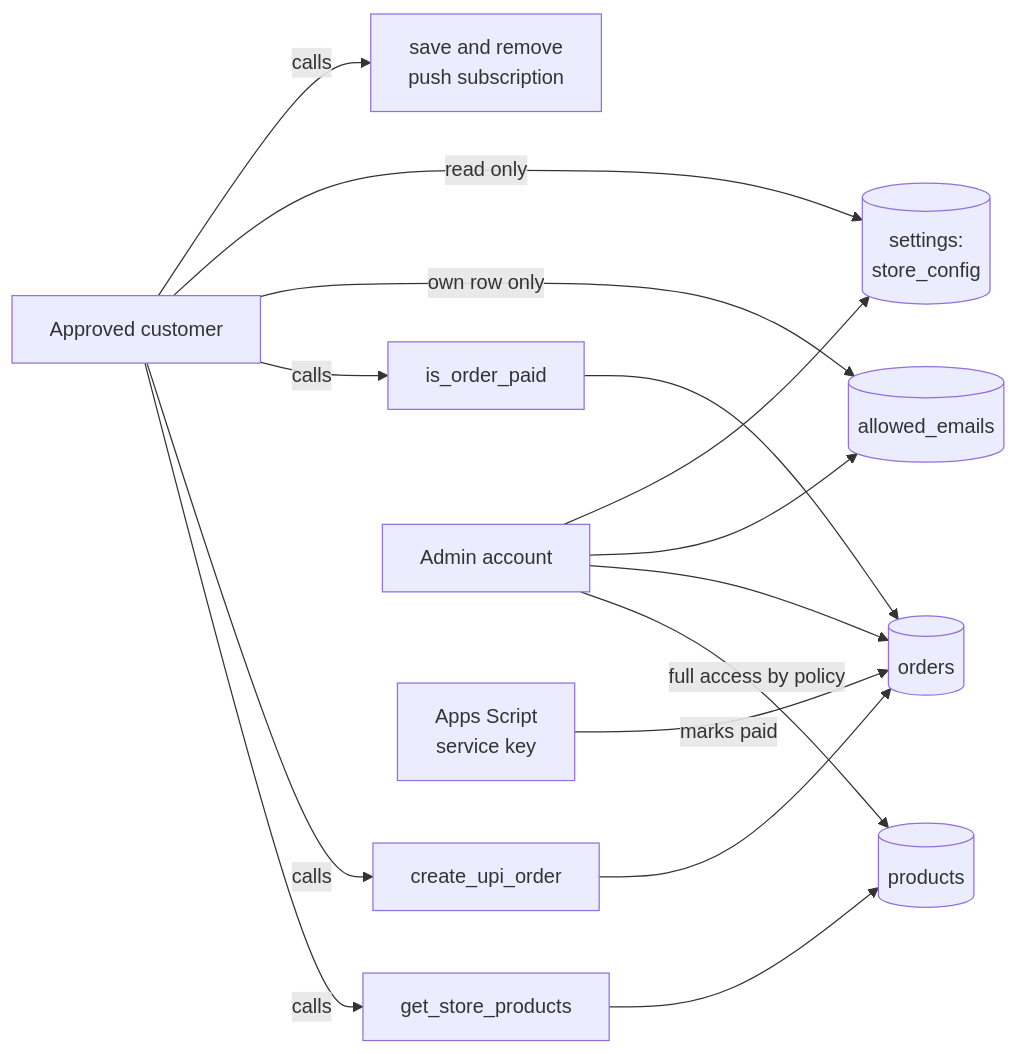
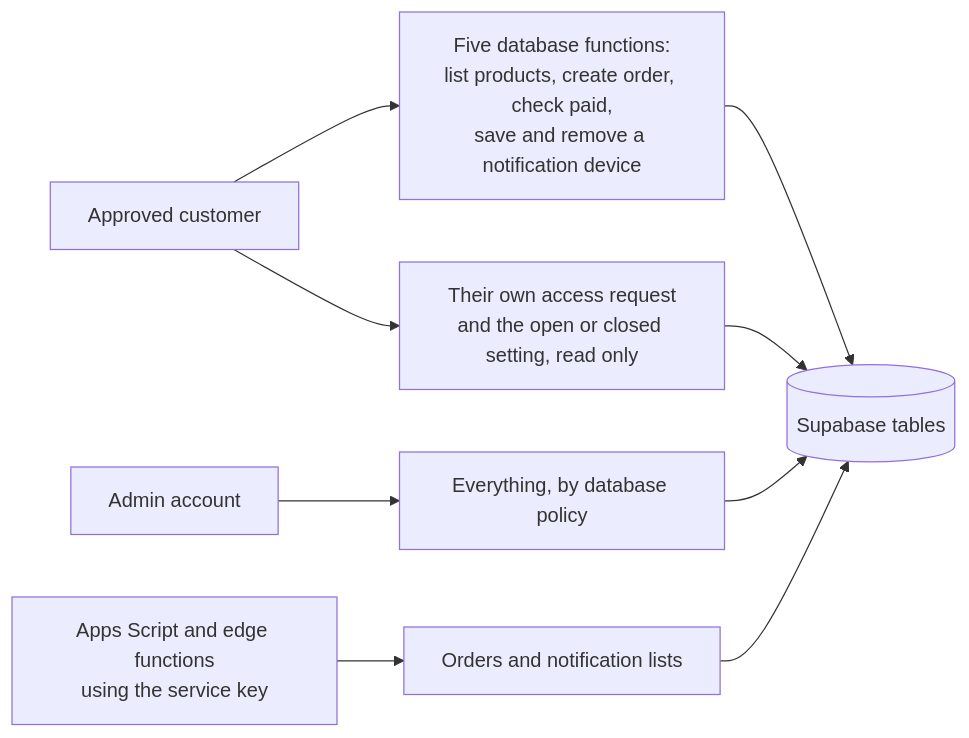
One commit to satyam-64136/My-store changed the sixth of 6 diagrams in README.md. Above: the diagram before and after it, drawn with Mermaid. The commit also changed other lines of this file, not shown here.

````diff
--- a/README.md
+++ b/README.md
@@ -202,17 +172,11 @@
 ```mermaid
 flowchart LR
-  C["Approved customer"] -- "calls" --> F1["get_store_products"]
-  C -- "calls" --> F2["create_upi_order"]
-  C -- "calls" --> F3["is_order_paid"]
-  C -- "own row only" --> T3[("allowed_emails")]
-  C -- "read only" --> T4[("settings:<br/>store_config")]
-  C -- "calls" --> F4["save and remove<br/>push subscription"]
-  F1 --> T1[("products")]
-  F2 --> T2[("orders")]
-  F3 --> T2
-  AD["Admin account"] -- "full access by policy" --> T1
-  AD --> T2
-  AD --> T3
-  AD --> T4
-  GS["Apps Script<br/>service key"] -- "marks paid" --> T2
+  C["Approved customer"] --> F["Five database functions:<br/>list products, create order, check paid,<br/>save and remove a notification device"]
+  C --> M["Their own access request<br/>and the open or closed setting, read only"]
+  AD["Admin account"] --> ALL["Everything, by database policy"]
+  SK["Apps Script and edge functions<br/>using the service key"] --> O["Orders and notification lists"]
+  F --> DB[("Supabase tables")]
+  M --> DB
+  ALL --> DB
+  O --> DB
 ```
````
